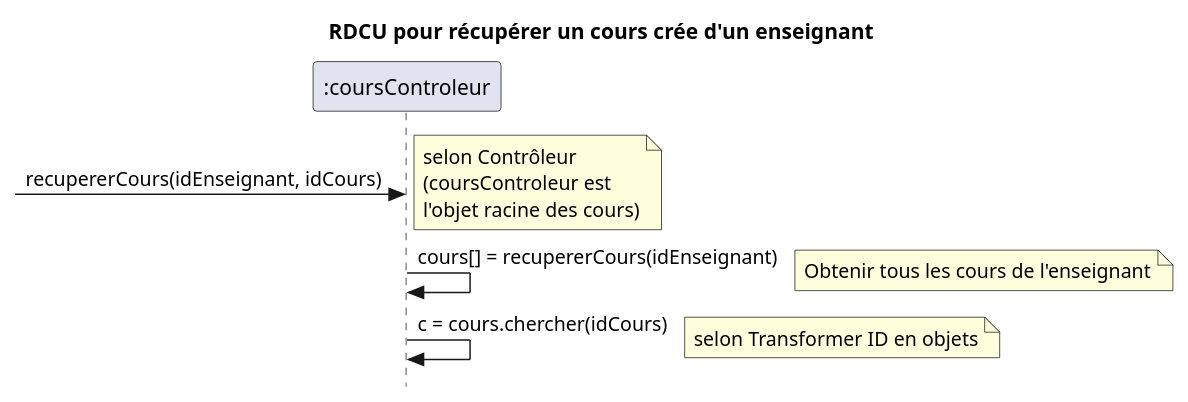
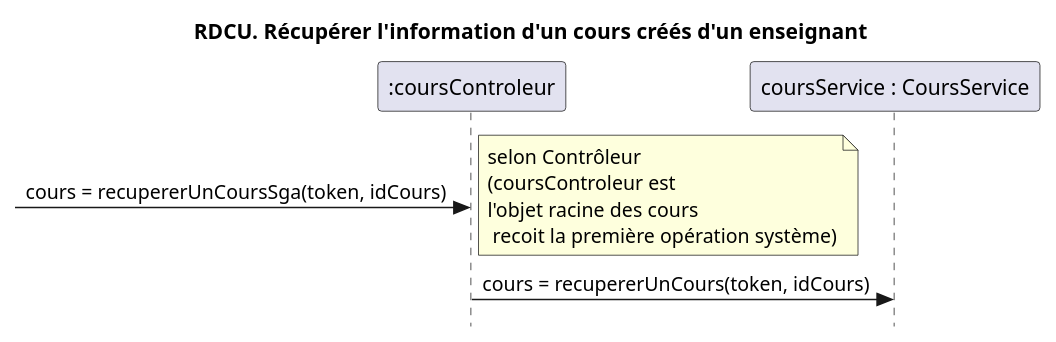
The second of 2 diagrams in docs/RDCU_Recuperer_Cours.puml (nerdz88/SGA-TS), drawn with PlantUML before and after one commit. The commit also changed other lines of this file and 9 other files, not shown here.

```diff
--- a/docs/RDCU_Recuperer_Cours.puml
+++ b/docs/RDCU_Recuperer_Cours.puml
@@ -14,12 +13,10 @@
-@startuml 
+@startuml récupérer un cours
 skinparam style strictuml
 skinparam defaultfontname Verdana
-title RDCU pour récupérer un cours crée d'un enseignant
+title RDCU. Récupérer l'information d'un cours créés d'un enseignant
 participant ":coursControleur" as controleur
-->controleur : recupererCours(idEnseignant, idCours)
-note right : selon Contrôleur\n(coursControleur est\nl'objet racine des cours)
-controleur -> controleur : cours[] = recupererCours(idEnseignant)
-note right : Obtenir tous les cours de l'enseignant
-controleur -> controleur  : c = cours.chercher(idCours) 
-note right : selon Transformer ID en objets
+participant "coursService : CoursService" as mapCours
+->controleur : cours = recupererUnCoursSga(token, idCours)
+note right : selon Contrôleur\n(coursControleur est\nl'objet racine des cours\n recoit la première opération système)
+controleur -> mapCours : cours = recupererUnCours(token, idCours)
 @enduml
```
